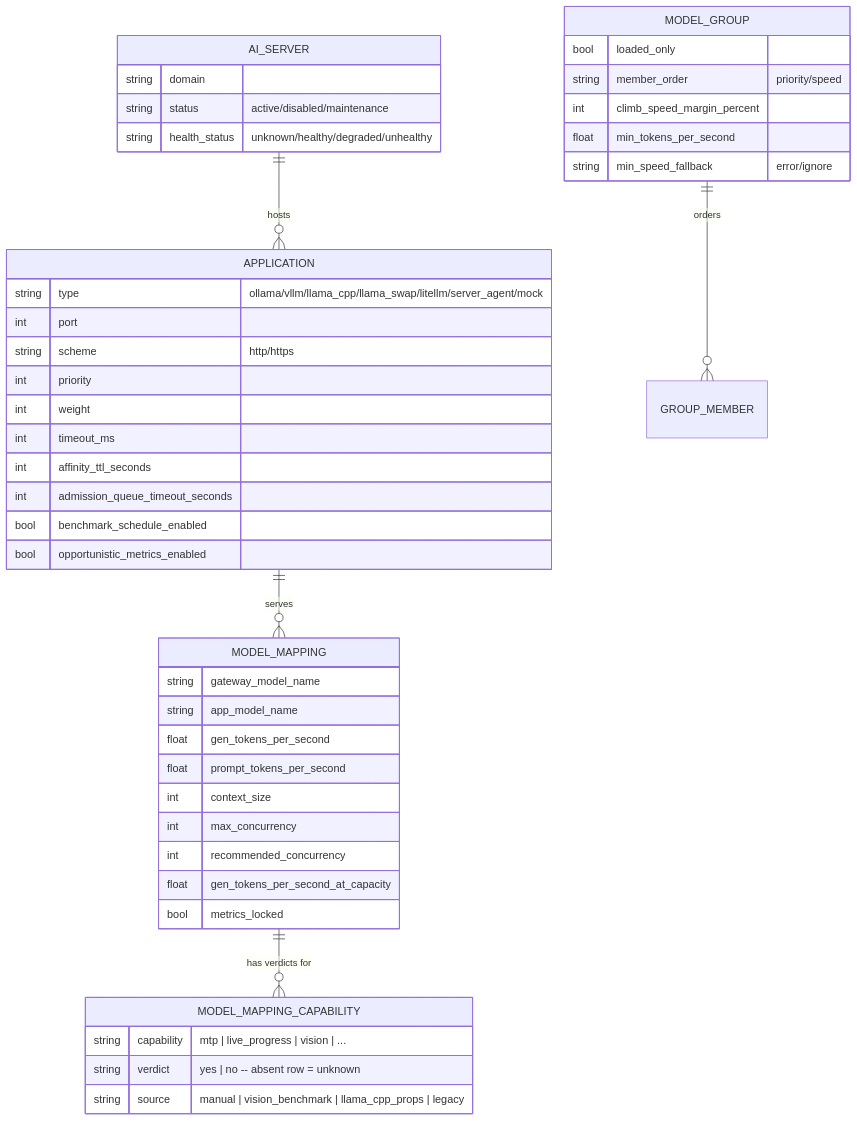
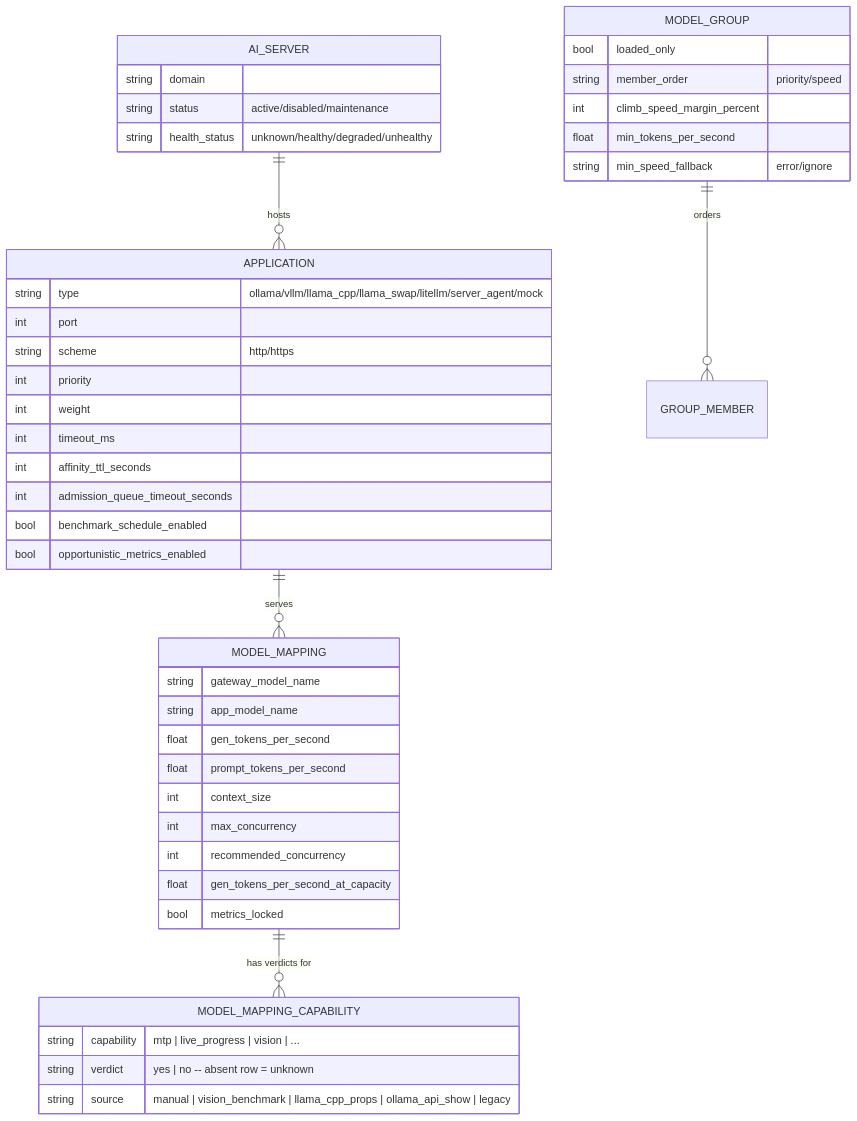
Before and after one commit to JLor08/op-ai-gateway: the first of 5 diagrams in docs/architecture/cross-cutting/routing-and-model-selection.md, drawn with Mermaid. The commit also changed 16 other files, not shown here.

````diff
--- a/docs/architecture/cross-cutting/routing-and-model-selection.md
+++ b/docs/architecture/cross-cutting/routing-and-model-selection.md
@@ -14,48 +14,48 @@
 ```mermaid
 erDiagram
     AI_SERVER ||--o{ APPLICATION : hosts
     APPLICATION ||--o{ MODEL_MAPPING : serves
     MODEL_MAPPING ||--o{ MODEL_MAPPING_CAPABILITY : "has verdicts for"
     MODEL_GROUP ||--o{ GROUP_MEMBER : orders
 
     AI_SERVER {
         string domain
         string status "active/disabled/maintenance"
         string health_status "unknown/healthy/degraded/unhealthy"
     }
     APPLICATION {
         string type "ollama/vllm/llama_cpp/llama_swap/litellm/server_agent/mock"
         int port
         string scheme "http/https"
         int priority
         int weight
         int timeout_ms
         int affinity_ttl_seconds
         int admission_queue_timeout_seconds
         bool benchmark_schedule_enabled
         bool opportunistic_metrics_enabled
     }
     MODEL_MAPPING {
         string gateway_model_name
         string app_model_name
         float gen_tokens_per_second
         float prompt_tokens_per_second
         int context_size
         int max_concurrency
         int recommended_concurrency
         float gen_tokens_per_second_at_capacity
         bool metrics_locked
     }
     MODEL_MAPPING_CAPABILITY {
         string capability "mtp | live_progress | vision | ..."
         string verdict "yes | no -- absent row = unknown"
-        string source "manual | vision_benchmark | llama_cpp_props | legacy"
+        string source "manual | vision_benchmark | llama_cpp_props | ollama_api_show | legacy"
     }
     MODEL_GROUP {
         bool loaded_only
         string member_order "priority/speed"
         int climb_speed_margin_percent
         float min_tokens_per_second
         string min_speed_fallback "error/ignore"
     }
 ```
````
